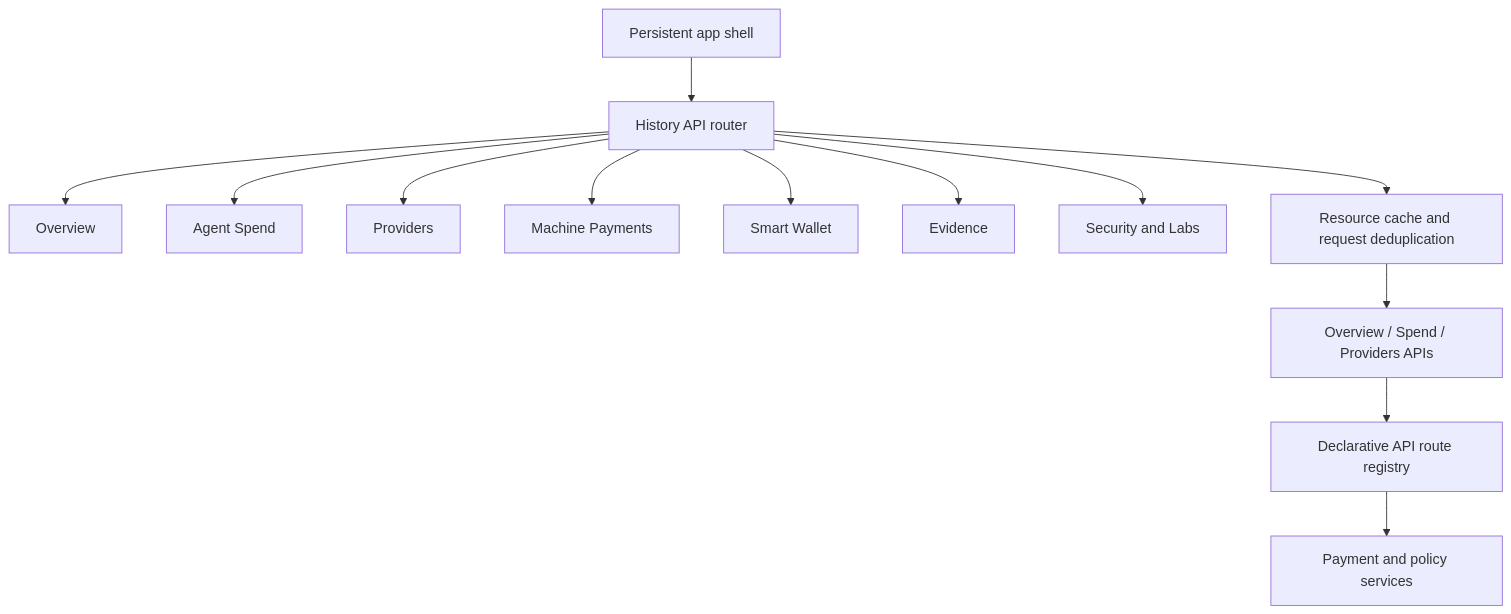
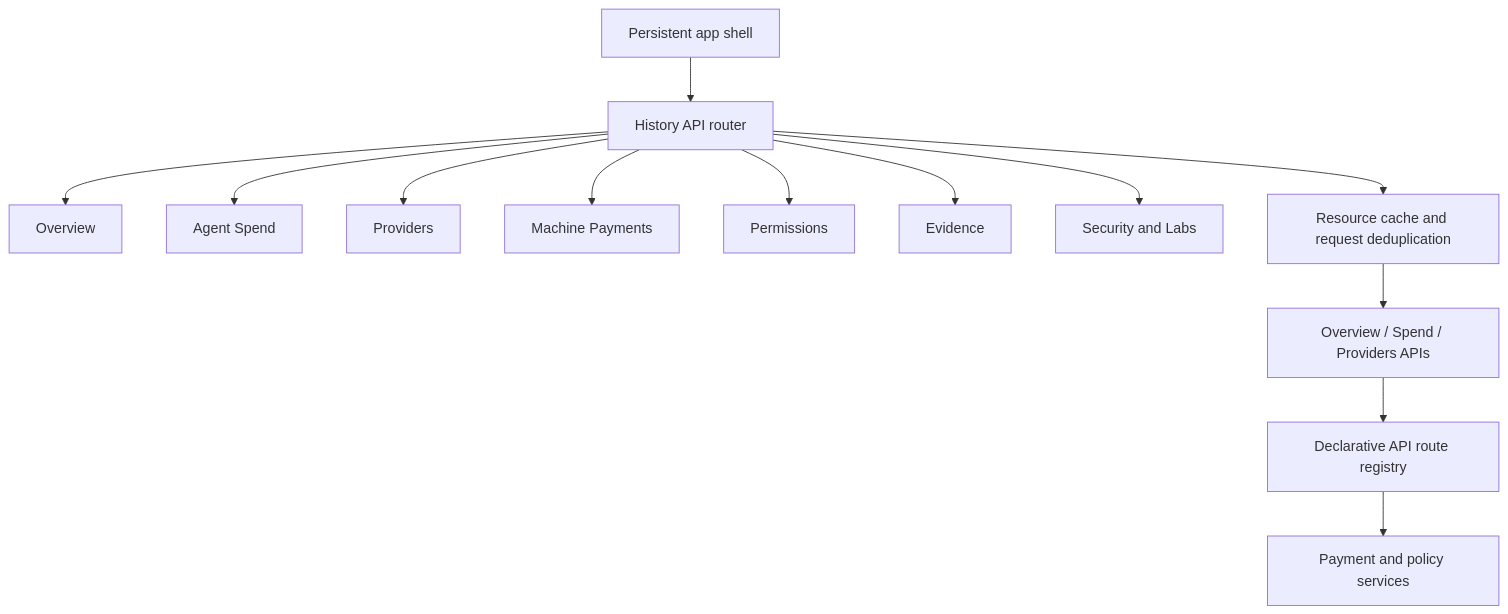
The second of 2 diagrams in docs/architecture.md (CaBsCrypto/stellar-agent-spend-hub), drawn with Mermaid before and after one commit. The commit also changed other lines of this file and 17 other files, not shown here.

Commit message:
Harden user-first production flow

````diff
--- a/docs/architecture.md
+++ b/docs/architecture.md
@@ -57,15 +57,15 @@
 ```mermaid
 flowchart TB
   Shell["Persistent app shell"] --> Router["History API router"]
   Router --> Overview["Overview"]
   Router --> Spend["Agent Spend"]
   Router --> Providers["Providers"]
   Router --> MPPPage["Machine Payments"]
-  Router --> Wallet["Smart Wallet"]
+  Router --> Wallet["Permissions"]
   Router --> EvidencePage["Evidence"]
   Router --> Security["Security and Labs"]
   Router --> Store["Resource cache and request deduplication"]
   Store --> Views["Overview / Spend / Providers APIs"]
   Views --> ApiRouter["Declarative API route registry"]
   ApiRouter --> Services["Payment and policy services"]
 ```
````
